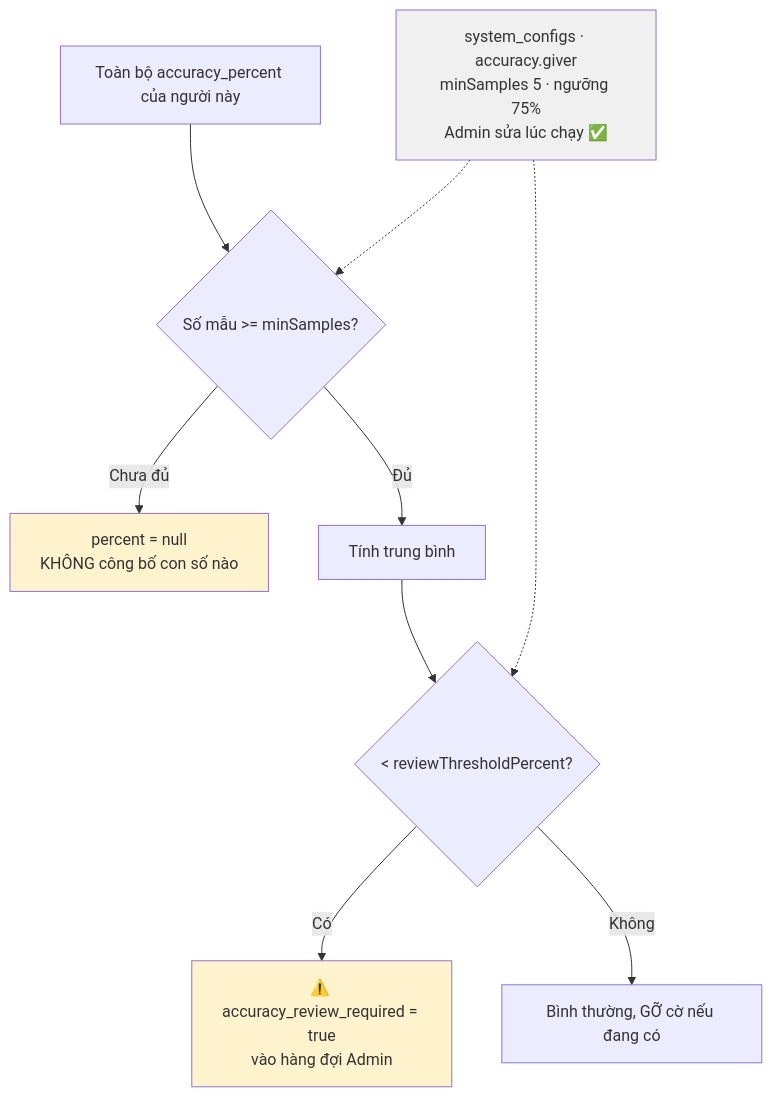
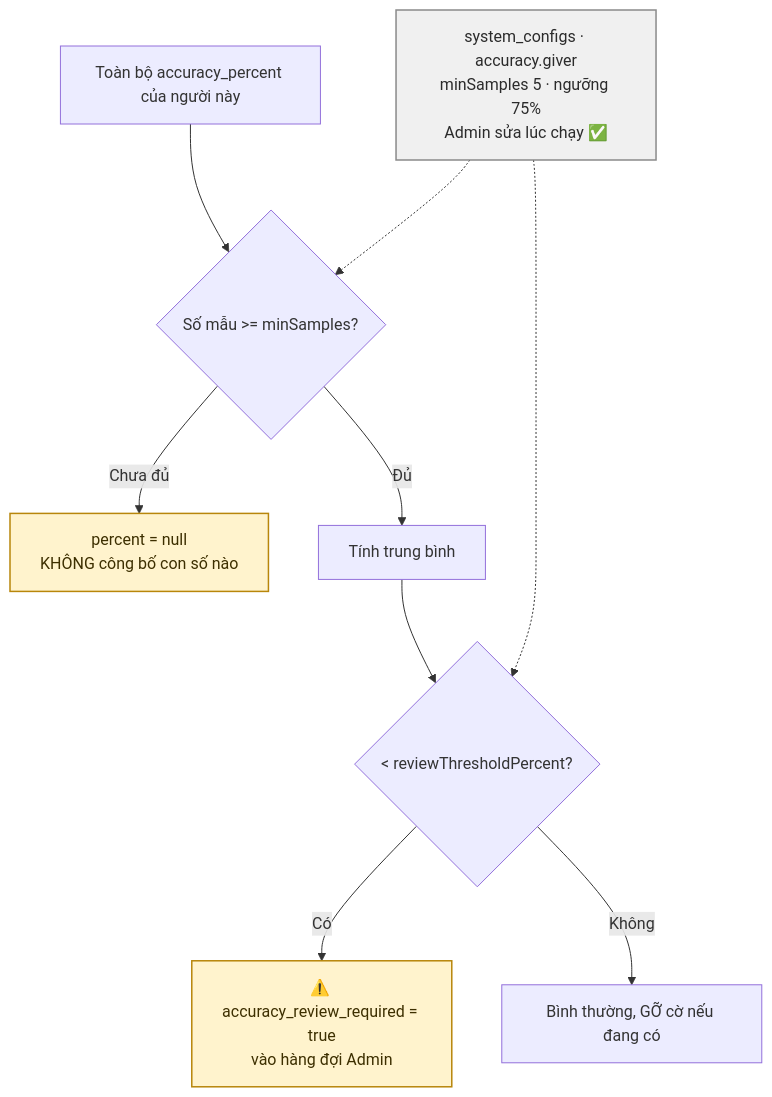
Before and after one commit to fdshn/trueheart: the third of 5 diagrams in docs/diagram/13-review.md, drawn with Mermaid. The commit also changed other lines of this file and 30 other files, not shown here.

First line of the commit message:
docs(diagram): chữ trong khối tô màu đọc được ở cả giao diện sáng và tối

````diff
--- a/docs/diagram/13-review.md
+++ b/docs/diagram/13-review.md
@@ -59,16 +59,16 @@
 ```mermaid
 flowchart TD
     A[Toàn bộ accuracy_percent của người này] --> B{"Số mẫu >= minSamples?"}
     B -->|Chưa đủ| C["percent = null<br/>KHÔNG công bố con số nào"]
     B -->|Đủ| D[Tính trung bình]
     D --> E{"< reviewThresholdPercent?"}
     E -->|Có| F["⚠️ accuracy_review_required = true<br/>vào hàng đợi Admin"]
     E -->|Không| G["Bình thường, GỠ cờ nếu đang có"]
 
     H["system_configs · accuracy.giver<br/>minSamples 5 · ngưỡng 75%<br/>Admin sửa lúc chạy ✅"] -.-> B
     H -.-> E
 
-    style C fill:#fff3cd
-    style F fill:#fff3cd
-    style H fill:#f0f0f0
+    style C fill:#fff3cd,stroke:#b8860b,stroke-width:1.5px,color:#3d2f00
+    style F fill:#fff3cd,stroke:#b8860b,stroke-width:1.5px,color:#3d2f00
+    style H fill:#f0f0f0,stroke:#8a8a8a,stroke-width:1.5px,color:#2b2b2b
 ```
````
